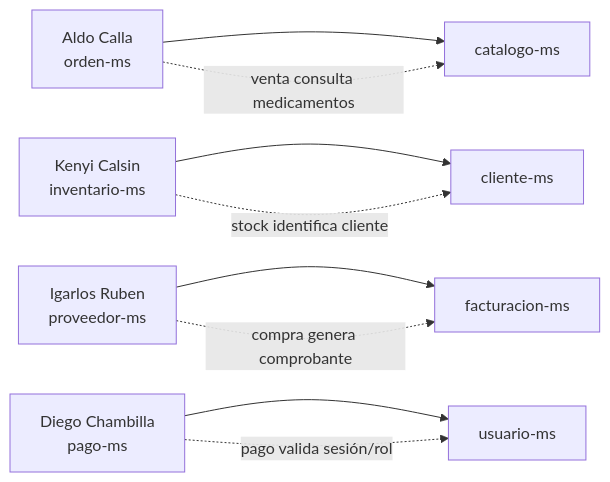
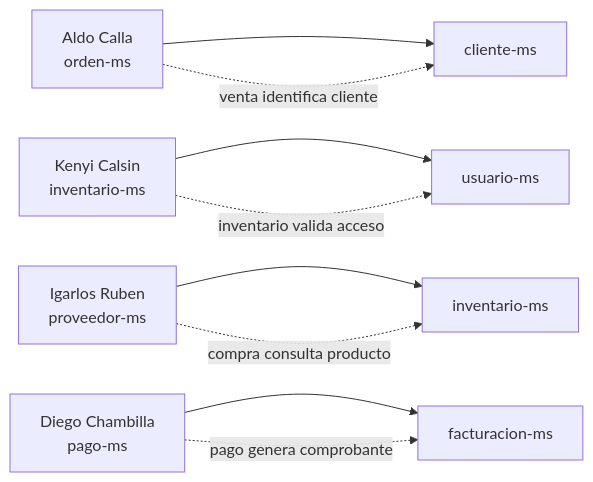
The second of 7 diagrams in docs/index.md (rbn-69-cod/MediZano_microservicios), drawn with Mermaid before and after one commit. The commit also changed other lines of this file and 68 other files, not shown here.

````diff
--- a/docs/index.md
+++ b/docs/index.md
@@ -123,11 +123,11 @@
 ```mermaid
 flowchart LR
-    A["Aldo Calla\norden-ms"] --> A2["catalogo-ms"]
-    K["Kenyi Calsin\ninventario-ms"] --> K2["cliente-ms"]
-    I["Igarlos Ruben\nproveedor-ms"] --> I2["facturacion-ms"]
-    D["Diego Chambilla\npago-ms"] --> D2["usuario-ms"]
-    A -. "venta consulta medicamentos" .-> A2
-    K -. "stock identifica cliente" .-> K2
-    I -. "compra genera comprobante" .-> I2
-    D -. "pago valida sesión/rol" .-> D2
+    A["Aldo Calla\norden-ms"] --> A2["cliente-ms"]
+    K["Kenyi Calsin\ninventario-ms"] --> K2["usuario-ms"]
+    I["Igarlos Ruben\nproveedor-ms"] --> I2["inventario-ms"]
+    D["Diego Chambilla\npago-ms"] --> D2["facturacion-ms"]
+    A -. "venta identifica cliente" .-> A2
+    K -. "inventario valida acceso" .-> K2
+    I -. "compra consulta producto" .-> I2
+    D -. "pago genera comprobante" .-> D2
 ```
````
